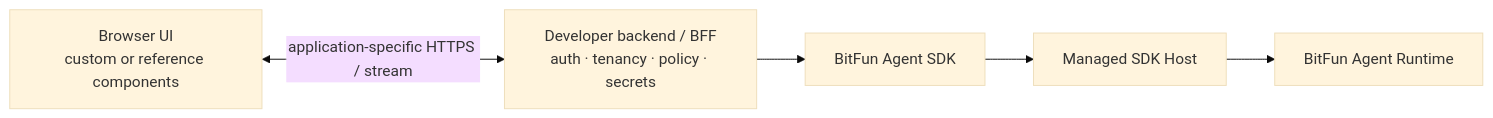
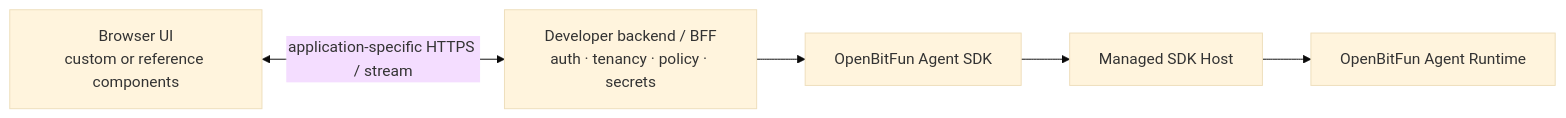
The seventh of 11 diagrams in docs/architecture/agent-sdk-product-architecture.md (1688mengdie/BitFun), drawn with Mermaid (base theme) before and after one commit. The commit also changed other lines of this file and 4651 other files, not shown here.

Commit message:
refactor!: rename BitFun to OpenBitFun (#2795)

````diff
--- a/docs/architecture/agent-sdk-product-architecture.md
+++ b/docs/architecture/agent-sdk-product-architecture.md
@@ -399,11 +399,11 @@
 ```mermaid
 flowchart LR
   Browser["Browser UI\ncustom or reference components"]
   Backend["Developer backend / BFF\nauth · tenancy · policy · secrets"]
-  SDK["BitFun Agent SDK"]
+  SDK["OpenBitFun Agent SDK"]
   Host["Managed SDK Host"]
-  Runtime["BitFun Agent Runtime"]
+  Runtime["OpenBitFun Agent Runtime"]
 
   Browser <-->|"application-specific HTTPS / stream"| Backend
   Backend --> SDK --> Host --> Runtime
 ```
````
